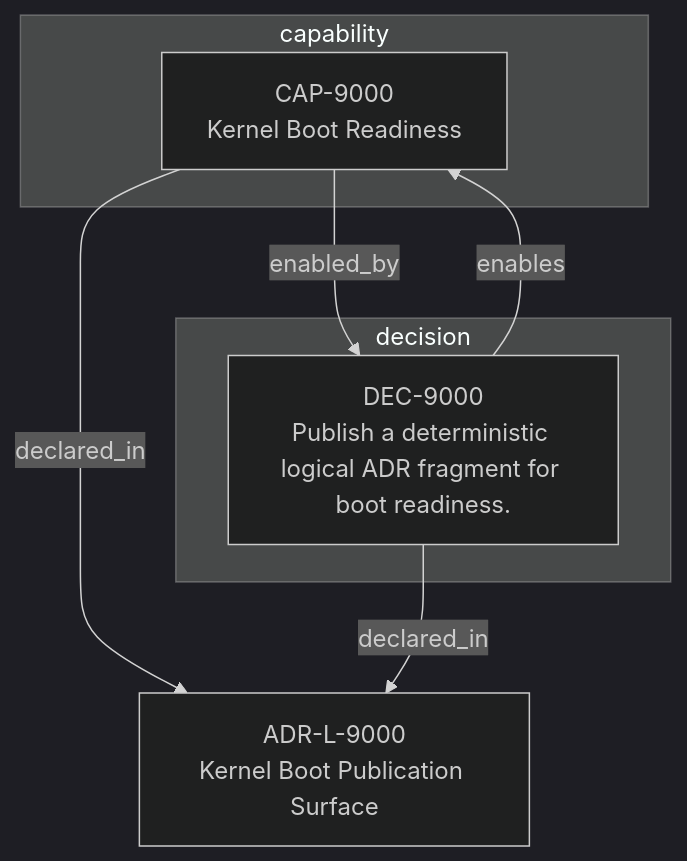
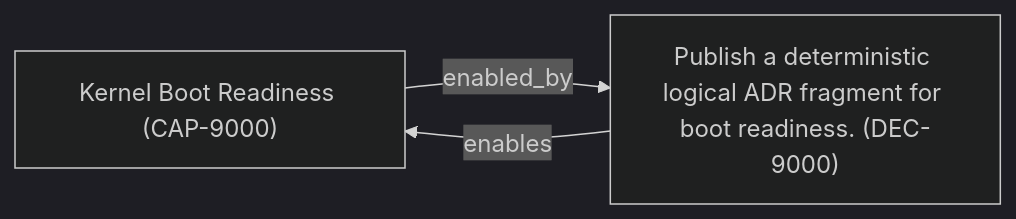
The diagram in adrs/adr-projection/logical/ADR-L-9000-kernel-boot-publication-surface.md (egallmann/adr-architecture-kit), drawn with Mermaid (dark theme) before and after one commit. The commit also changed other lines of this file and 35 other files, not shown here.

````diff
--- a/adrs/adr-projection/logical/ADR-L-9000-kernel-boot-publication-surface.md
+++ b/adrs/adr-projection/logical/ADR-L-9000-kernel-boot-publication-surface.md
@@ -50,14 +68,8 @@
 ```mermaid
-flowchart TB
-  n_019fee89_e617_7ceb_a437_474762adbfc2["ADR-L-9000<br/>Kernel Boot Publication Surface"]
-  subgraph sg_capability["capability"]
-    n_019fee89_e617_7410_8c37_e302d20b9f8b["CAP-9000<br/>Kernel Boot Readiness"]
-  end
-  subgraph sg_decision["decision"]
-    n_019fee89_e617_793a_b537_a492afa6f167["DEC-9000<br/>Publish a deterministic logical ADR fragment for boot readiness."]
-  end
-  n_019fee89_e617_7410_8c37_e302d20b9f8b -->|"declared_in"| n_019fee89_e617_7ceb_a437_474762adbfc2
-  n_019fee89_e617_793a_b537_a492afa6f167 -->|"declared_in"| n_019fee89_e617_7ceb_a437_474762adbfc2
+flowchart LR
+  %% Decision traceability
+  n_019fee89_e617_7410_8c37_e302d20b9f8b["Kernel Boot Readiness (CAP-9000)"]
+  n_019fee89_e617_793a_b537_a492afa6f167["Publish a deterministic logical ADR fragment for boot readiness. (DEC-9000)"]
   n_019fee89_e617_7410_8c37_e302d20b9f8b -->|"enabled_by"| n_019fee89_e617_793a_b537_a492afa6f167
   n_019fee89_e617_793a_b537_a492afa6f167 -->|"enables"| n_019fee89_e617_7410_8c37_e302d20b9f8b
 ```
````
